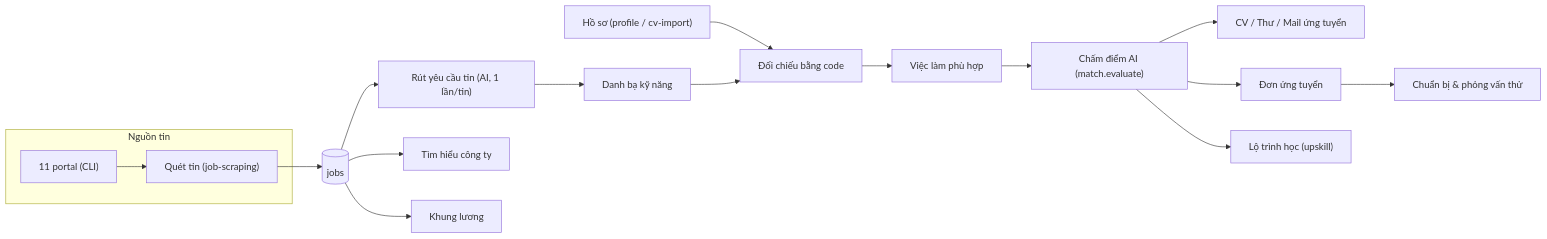
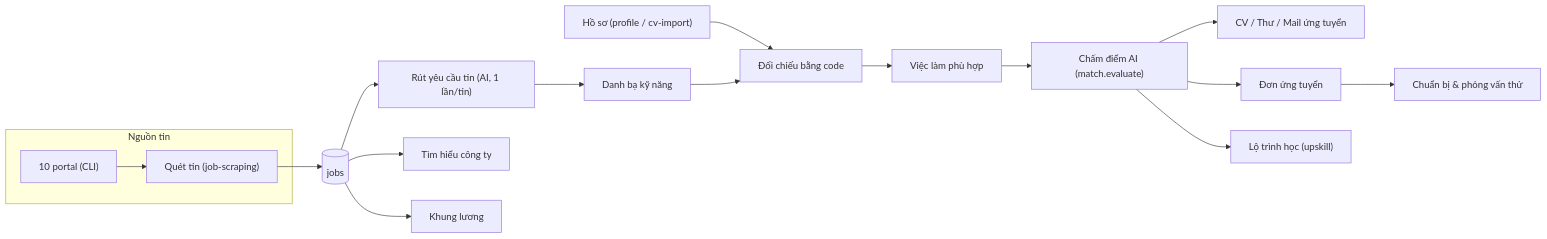
The first of 4 diagrams in docs/business-flows/01-system-overview.md (BuiThienHoang221204/ai-job-search), drawn with Mermaid before and after one commit. The commit also changed other lines of this file and 23 other files, not shown here.

````diff
--- a/docs/business-flows/01-system-overview.md
+++ b/docs/business-flows/01-system-overview.md
@@ -22,19 +22,19 @@
 ```mermaid
 flowchart LR
   subgraph "Nguồn tin"
-    P["11 portal (CLI)"] --> SCR["Quét tin (job-scraping)"]
+    P["10 portal (CLI)"] --> SCR["Quét tin (job-scraping)"]
   end
   SCR --> J[("jobs")]
   J --> REQ["Rút yêu cầu tin (AI, 1 lần/tin)"]
   REQ --> DICT["Danh bạ kỹ năng"]
   PRF["Hồ sơ (profile / cv-import)"] --> RM["Đối chiếu bằng code"]
   DICT --> RM
   RM --> LIST["Việc làm phù hợp"]
   LIST --> EVAL["Chấm điểm AI (match.evaluate)"]
   EVAL --> DOC["CV / Thư / Mail ứng tuyển"]
   EVAL --> APP["Đơn ứng tuyển"]
   APP --> INT["Chuẩn bị & phỏng vấn thử"]
   EVAL --> UPS["Lộ trình học (upskill)"]
   J --> CMP["Tìm hiểu công ty"]
   J --> SAL["Khung lương"]
 ```
````
